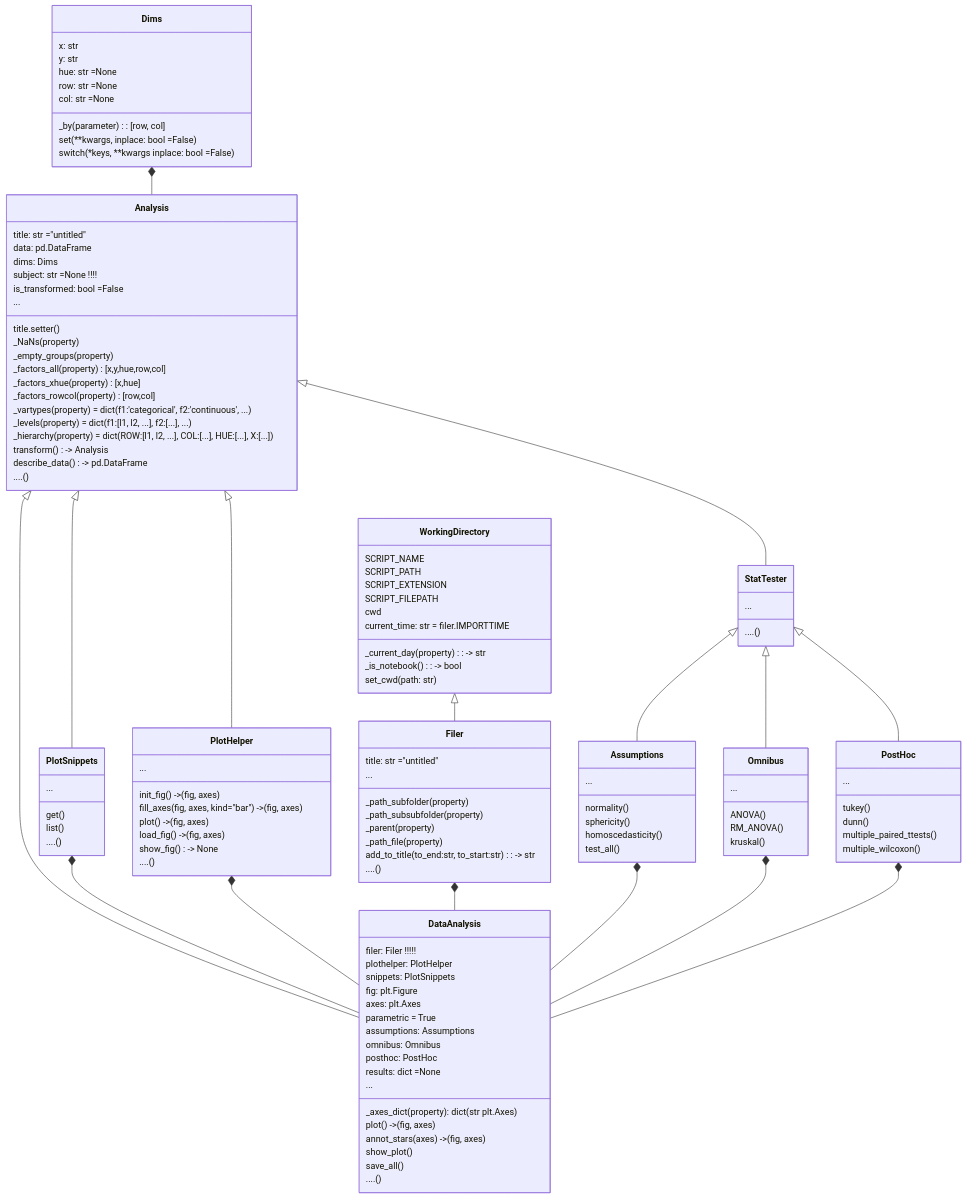
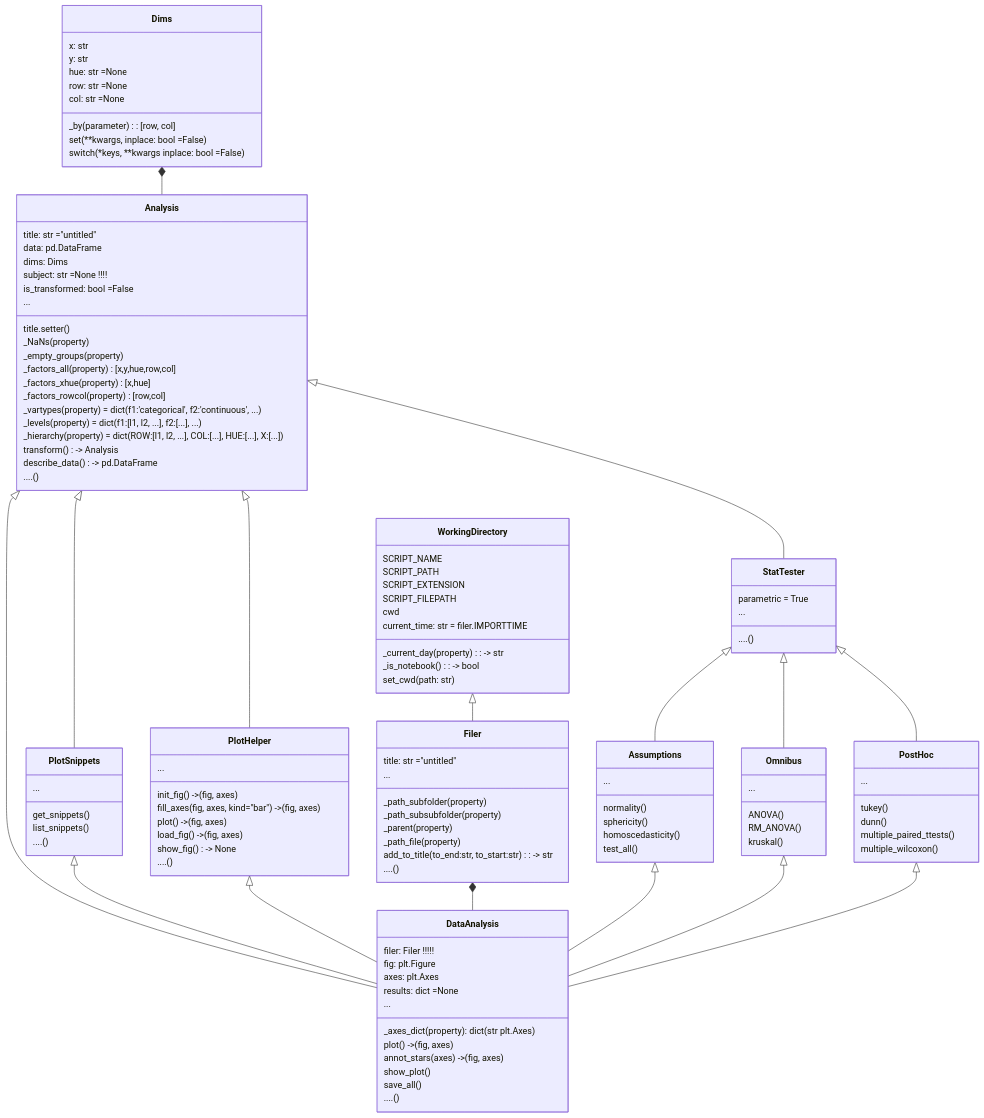
Before and after one commit to markur4/plotastic: the diagram in README.md, drawn with Mermaid. The commit also changed 11 other files, not shown here.

```diff
--- a/README.md
+++ b/README.md
@@ -199,6 +199,7 @@
  
 
    class StatTester{
+      parametric = True
       ...
       ....()
    }
@@ -228,8 +229,8 @@
 
    class PlotSnippets{
       ...
-      get()
-      list()
+      get_snippets()
+      list_snippets()
 
       ....()
    }
@@ -245,15 +246,17 @@
 
    class DataAnalysis{
       filer: Filer !!!!!
-      plothelper: PlotHelper
-      snippets: PlotSnippets
+      
+      %% plothelper: PlotHelper
+      %% snippets: PlotSnippets
+
       fig: plt.Figure
       axes: plt.Axes
 
-      parametric = True
-      assumptions: Assumptions
-      omnibus: Omnibus
-      posthoc: PostHoc
+      %% assumptions: Assumptions
+      %% omnibus: Omnibus 
+      %% posthoc: PostHoc
+
       results: dict =None
       ...
       _axes_dict(property): dict(str plt.Axes)
@@ -280,12 +283,12 @@
    WorkingDirectory <|-- Filer
 
 
-   PlotSnippets *-- DataAnalysis
-   PlotHelper *-- DataAnalysis
+   PlotSnippets <|-- DataAnalysis
+   PlotHelper <|-- DataAnalysis
    Filer *-- DataAnalysis
-   Assumptions *-- DataAnalysis
-   Omnibus *-- DataAnalysis
-   PostHoc *-- DataAnalysis
+   Assumptions <|-- DataAnalysis
+   Omnibus <|-- DataAnalysis
+   PostHoc <|-- DataAnalysis
 
  
 
```
